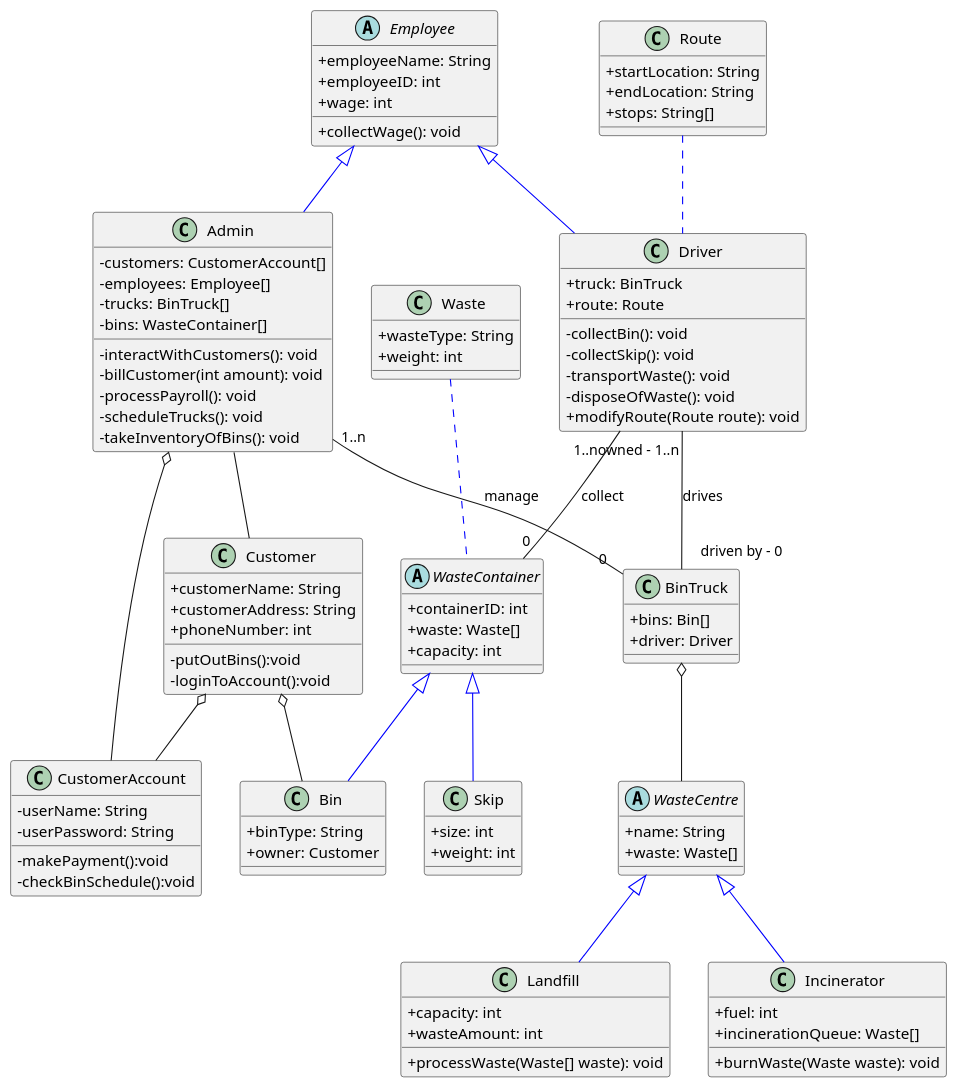
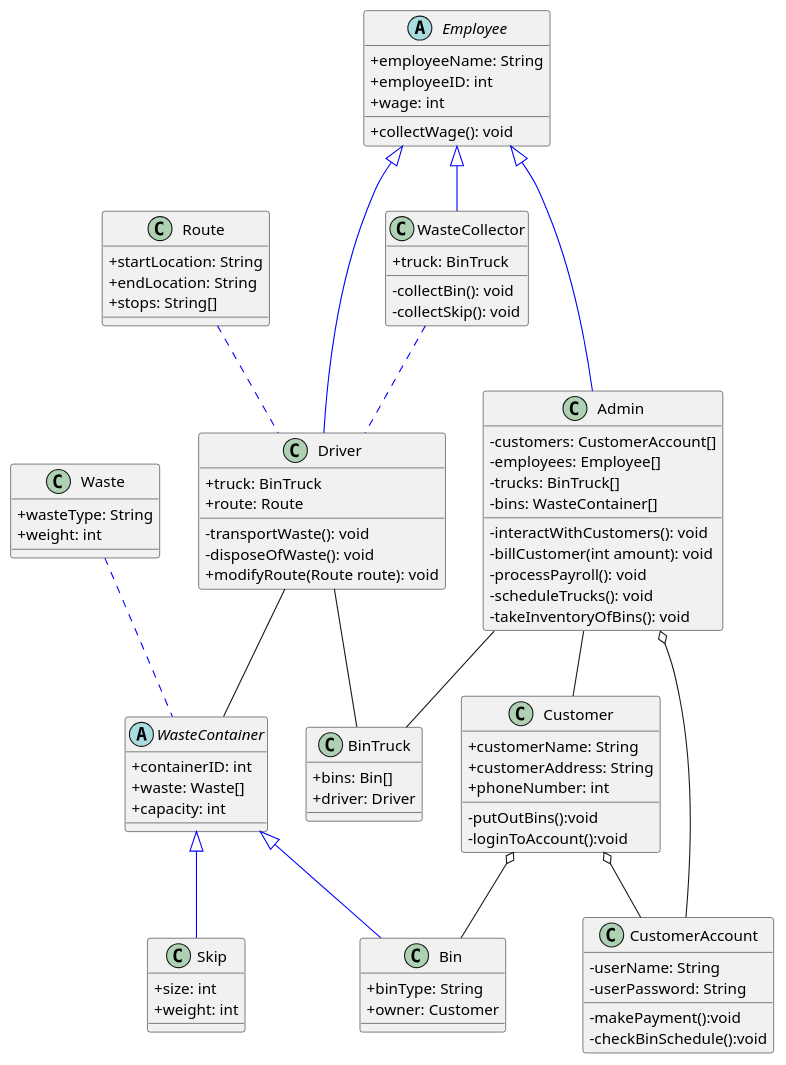
One commit to tedski999/CSU22041-InformationManagement-Group8 changed the diagram in ClassDiagram.wsd. Above: the diagram before and after it, drawn with PlantUML. The commit also changed 1 other file, not shown here.

Commit message:
Updated Class Diagrams

```diff
--- a/ClassDiagram.wsd
+++ b/ClassDiagram.wsd
@@ -1,142 +1,124 @@
 @startuml
 
 skinparam classAttributeIconSize 0
 
 abstract class Employee
 {
     +employeeName: String
     +employeeID: int
     +wage: int
 
     +collectWage(): void
 }
 
 class Admin {
 
 	-customers: CustomerAccount[]
     -employees: Employee[]
 	-trucks: BinTruck[]
 	-bins: WasteContainer[]
 
 	-interactWithCustomers(): void
     -billCustomer(int amount): void
 	-processPayroll(): void
 	-scheduleTrucks(): void
 	-takeInventoryOfBins(): void
 }
 
 class Driver
 {
     +truck: BinTruck
     +route: Route
 
-    -collectBin(): void
-    -collectSkip(): void
     -transportWaste(): void
     -disposeOfWaste(): void
     +modifyRoute(Route route): void
+}
+
+class WasteCollector
+{
+    +truck: BinTruck
+
+    -collectBin(): void
+    -collectSkip(): void
 }
 
 class BinTruck
 {
     +bins: Bin[]
     +driver: Driver
 }
 
 class Waste
 {
     +wasteType: String 
     +weight: int
 }
 
 class Skip
 {
     +size: int
     +weight: int
 }
 
 abstract class WasteContainer
 {
     +containerID: int
     +waste: Waste[]
     +capacity: int
-}
-
-abstract class WasteCentre
-{
-    +name: String
-    +waste: Waste[]
-}
-
-class Landfill
-{
-    +capacity: int
-    +wasteAmount: int
-
-    +processWaste(Waste[] waste): void
-}
-
-class Incinerator
-{
-    +fuel: int
-    +incinerationQueue: Waste[]
-
-    +burnWaste(Waste waste): void
 }
 
 class Customer
 {
     +customerName: String
     +customerAddress: String
     +phoneNumber: int
 
     -putOutBins():void
     -loginToAccount():void
 
 }
 
 class CustomerAccount
 {
     -userName: String
     -userPassword: String
 
     -makePayment():void
     -checkBinSchedule():void
     
 }
 
 class Bin
 {
     +binType: String
     +owner: Customer
 }
 
 class Route
 {
     +startLocation: String
     +endLocation: String
     +stops: String[]
 }
 
 Employee<|-[#blue]-Driver
+Employee<|-[#blue]-WasteCollector
 Employee<|-[#blue]-Admin
 
 WasteContainer<|-[#blue]-Skip
 WasteContainer<|-[#blue]-Bin
 
-WasteCentre<|-[#blue]-Landfill
-WasteCentre<|-[#blue]-Incinerator
-
 Customer o-- CustomerAccount
 
-Driver "  owned - 1..n" -- "   driven by - 0" BinTruck: "drives"
-Admin "1..n" -- "0  " BinTruck: "manage"
-BinTruck o-- WasteCentre
-Driver "1..n" -- "0" WasteContainer: "collect"
+WasteCollector .[#blue]. Driver
+Driver -- BinTruck
+Admin -- BinTruck
+Driver -- WasteContainer
 Customer o-- Bin
 Admin o-- CustomerAccount
 Admin -- Customer
 WasteContainer .[#blue]up. Waste
 Driver .[#blue]up. Route
 
 @enduml
```
